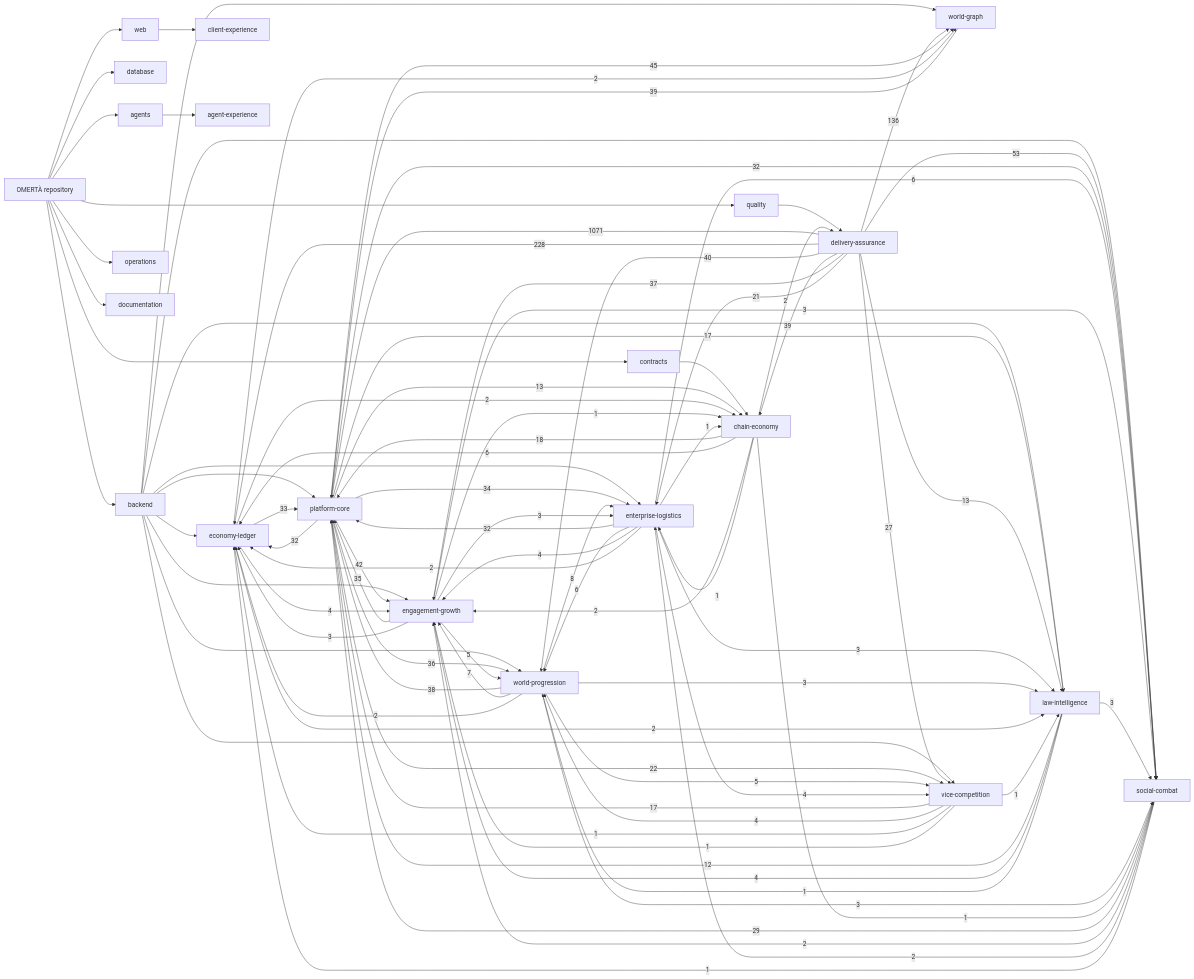
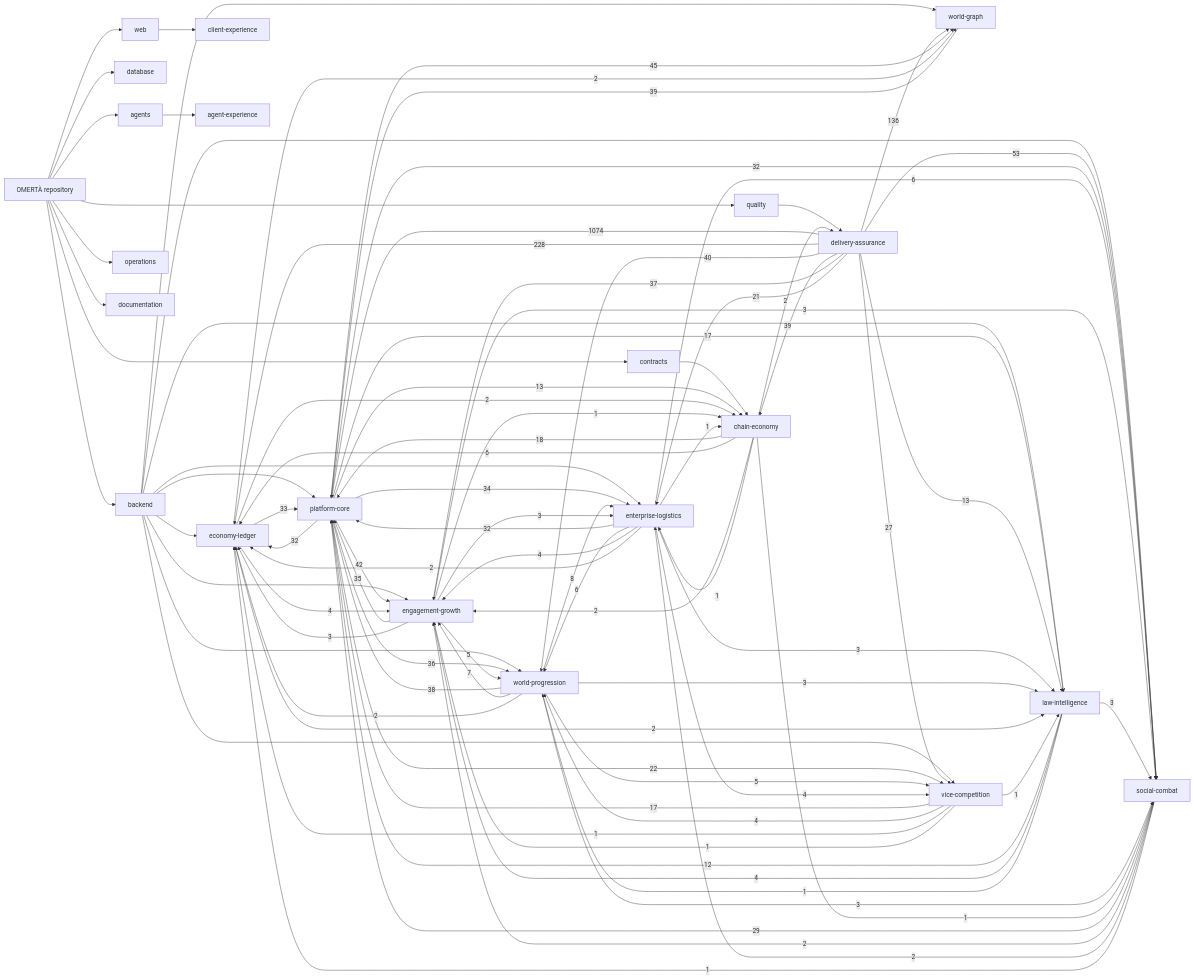
One commit to OmertaDev/Omerta changed the diagram in knowledge/generated/graph.mmd. Above: the diagram before and after it, drawn with Mermaid. The commit also changed 7 other files, not shown here.

```diff
--- a/knowledge/generated/graph.mmd
+++ b/knowledge/generated/graph.mmd
@@ -1,109 +1,109 @@
 flowchart LR
   repo["OMERTÀ repository"]
   sub_backend["backend"]
   repo --> sub_backend
   sub_database["database"]
   repo --> sub_database
   sub_web["web"]
   repo --> sub_web
   sub_contracts["contracts"]
   repo --> sub_contracts
   sub_agents["agents"]
   repo --> sub_agents
   sub_quality["quality"]
   repo --> sub_quality
   sub_operations["operations"]
   repo --> sub_operations
   sub_documentation["documentation"]
   repo --> sub_documentation
   dom_platform-core["platform-core"]
   dom_economy-ledger["economy-ledger"]
   dom_social-combat["social-combat"]
   dom_world-progression["world-progression"]
   dom_world-graph["world-graph"]
   dom_enterprise-logistics["enterprise-logistics"]
   dom_vice-competition["vice-competition"]
   dom_law-intelligence["law-intelligence"]
   dom_chain-economy["chain-economy"]
   dom_engagement-growth["engagement-growth"]
   dom_client-experience["client-experience"]
   dom_agent-experience["agent-experience"]
   dom_delivery-assurance["delivery-assurance"]
   sub_agents --> dom_agent-experience
   sub_backend --> dom_economy-ledger
   sub_backend --> dom_engagement-growth
   sub_backend --> dom_enterprise-logistics
   sub_backend --> dom_law-intelligence
   sub_backend --> dom_platform-core
   sub_backend --> dom_social-combat
   sub_backend --> dom_vice-competition
   sub_backend --> dom_world-graph
   sub_backend --> dom_world-progression
   sub_contracts --> dom_chain-economy
   sub_quality --> dom_delivery-assurance
   sub_web --> dom_client-experience
-  dom_delivery-assurance -->|1071| dom_platform-core
+  dom_delivery-assurance -->|1074| dom_platform-core
   dom_delivery-assurance -->|228| dom_economy-ledger
   dom_delivery-assurance -->|136| dom_world-graph
   dom_delivery-assurance -->|53| dom_social-combat
   dom_platform-core -->|45| dom_world-graph
   dom_platform-core -->|42| dom_engagement-growth
   dom_delivery-assurance -->|40| dom_world-progression
   dom_delivery-assurance -->|39| dom_chain-economy
   dom_world-graph -->|39| dom_platform-core
   dom_world-progression -->|38| dom_platform-core
   dom_delivery-assurance -->|37| dom_engagement-growth
   dom_platform-core -->|36| dom_world-progression
   dom_engagement-growth -->|35| dom_platform-core
   dom_platform-core -->|34| dom_enterprise-logistics
   dom_economy-ledger -->|33| dom_platform-core
   dom_enterprise-logistics -->|32| dom_platform-core
   dom_platform-core -->|32| dom_economy-ledger
   dom_platform-core -->|32| dom_social-combat
   dom_social-combat -->|29| dom_platform-core
   dom_delivery-assurance -->|27| dom_vice-competition
   dom_platform-core -->|22| dom_vice-competition
   dom_delivery-assurance -->|21| dom_enterprise-logistics
   dom_chain-economy -->|18| dom_platform-core
   dom_platform-core -->|17| dom_law-intelligence
   dom_vice-competition -->|17| dom_platform-core
   dom_delivery-assurance -->|13| dom_law-intelligence
   dom_platform-core -->|13| dom_chain-economy
   dom_law-intelligence -->|12| dom_platform-core
   dom_world-progression -->|8| dom_enterprise-logistics
   dom_world-progression -->|7| dom_engagement-growth
   dom_chain-economy -->|6| dom_economy-ledger
   dom_enterprise-logistics -->|6| dom_social-combat
   dom_enterprise-logistics -->|6| dom_world-progression
   dom_engagement-growth -->|5| dom_world-progression
   dom_world-progression -->|5| dom_vice-competition
   dom_economy-ledger -->|4| dom_engagement-growth
   dom_enterprise-logistics -->|4| dom_engagement-growth
   dom_enterprise-logistics -->|4| dom_vice-competition
   dom_law-intelligence -->|4| dom_engagement-growth
   dom_vice-competition -->|4| dom_world-progression
   dom_engagement-growth -->|3| dom_economy-ledger
   dom_engagement-growth -->|3| dom_enterprise-logistics
   dom_engagement-growth -->|3| dom_social-combat
   dom_enterprise-logistics -->|3| dom_law-intelligence
   dom_law-intelligence -->|3| dom_social-combat
   dom_world-progression -->|3| dom_law-intelligence
   dom_world-progression -->|3| dom_social-combat
   dom_chain-economy -->|2| dom_delivery-assurance
   dom_chain-economy -->|2| dom_engagement-growth
   dom_economy-ledger -->|2| dom_chain-economy
   dom_economy-ledger -->|2| dom_law-intelligence
   dom_economy-ledger -->|2| dom_world-graph
   dom_enterprise-logistics -->|2| dom_economy-ledger
   dom_social-combat -->|2| dom_engagement-growth
   dom_social-combat -->|2| dom_enterprise-logistics
   dom_world-progression -->|2| dom_economy-ledger
   dom_chain-economy -->|1| dom_enterprise-logistics
   dom_chain-economy -->|1| dom_social-combat
   dom_engagement-growth -->|1| dom_chain-economy
   dom_enterprise-logistics -->|1| dom_chain-economy
   dom_law-intelligence -->|1| dom_world-progression
   dom_social-combat -->|1| dom_economy-ledger
   dom_vice-competition -->|1| dom_economy-ledger
   dom_vice-competition -->|1| dom_engagement-growth
   dom_vice-competition -->|1| dom_law-intelligence
```
